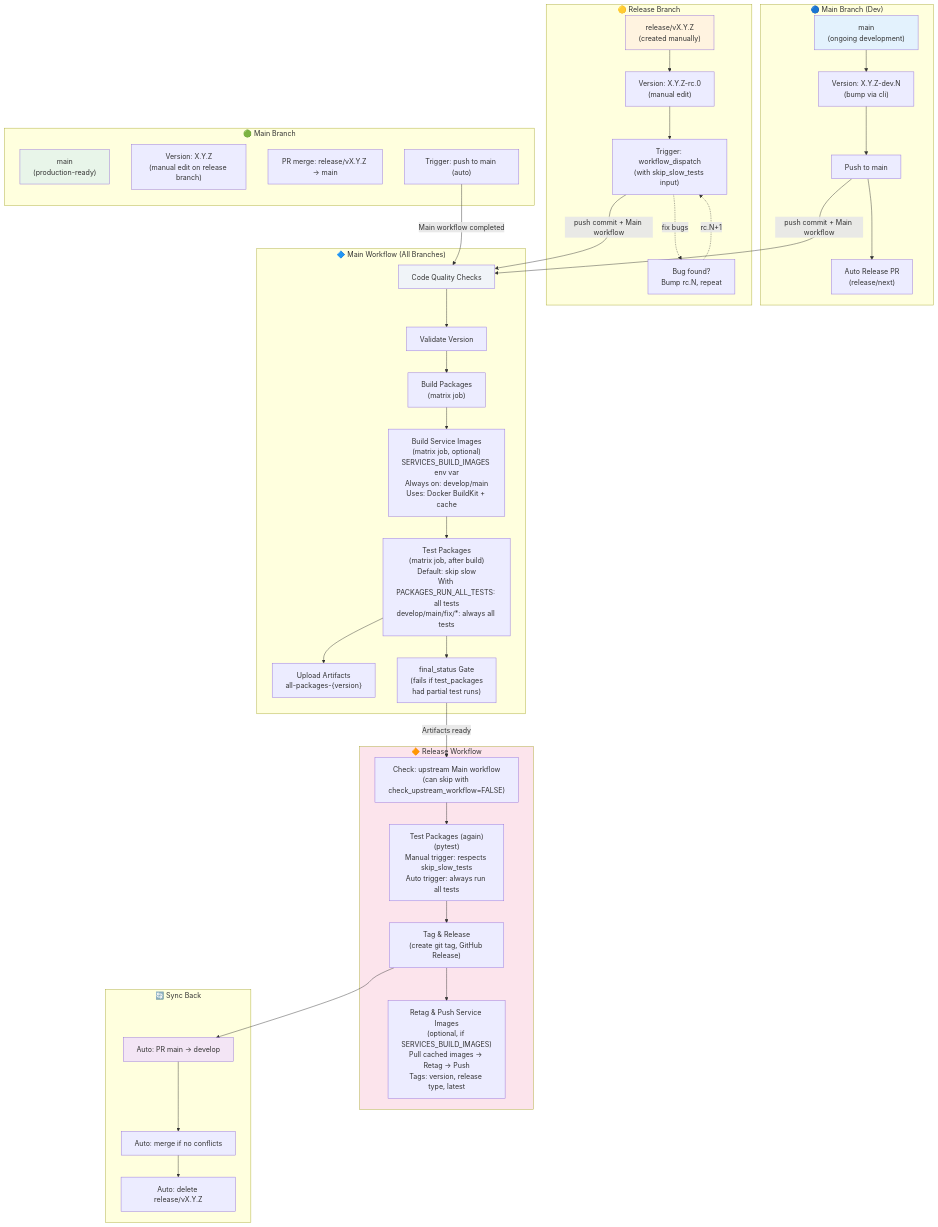
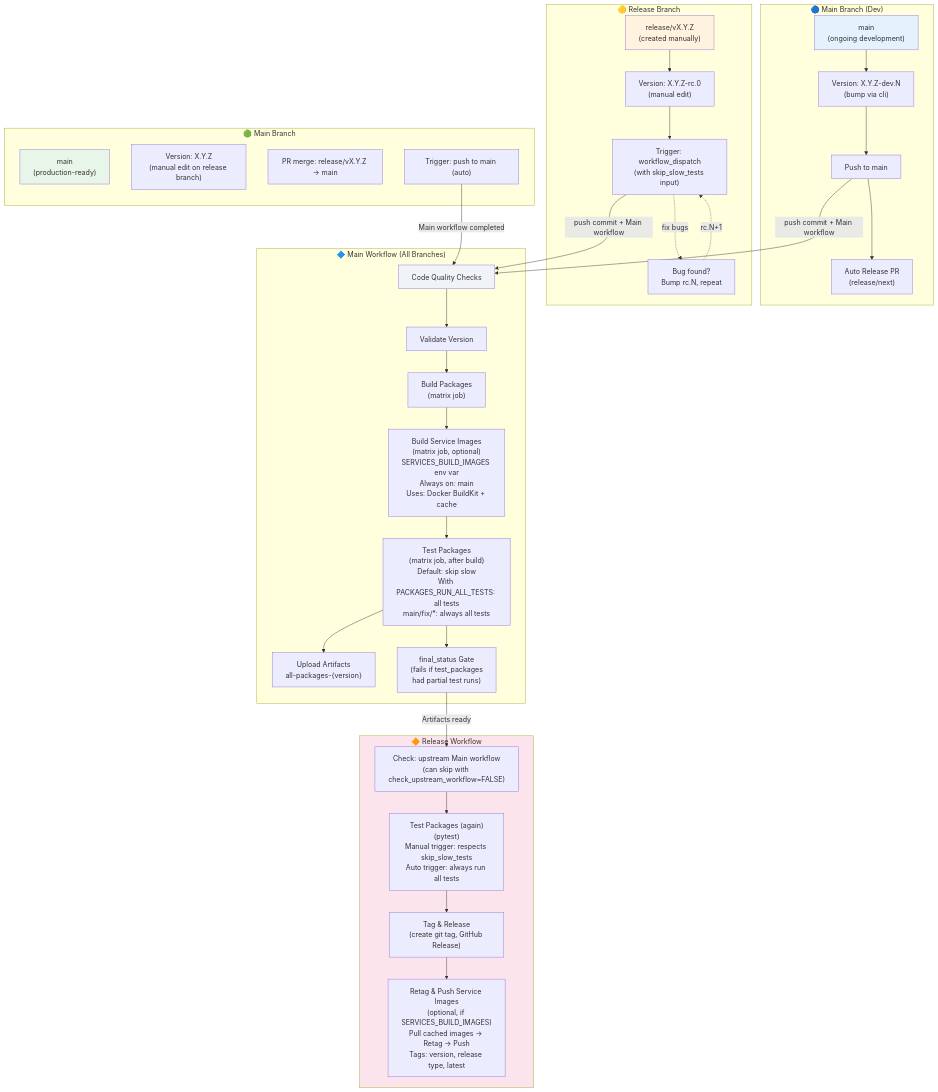
Before and after one commit to abhi8893/genai-shopping-assistant: the diagram in RELEASING.md, drawn with Mermaid. The commit also changed other lines of this file and 2 other files, not shown here.

Commit message:
fix: release-pr auto triggering, and CHANGELOG CI generation (#305)

````diff
--- a/RELEASING.md
+++ b/RELEASING.md
@@ -729,70 +735,61 @@
 ```mermaid
 graph TD
     subgraph main_dev["🔵 Main Branch (Dev)"]
         D1["main<br/>(ongoing development)"]
         D2["Version: X.Y.Z-dev.N<br/>(bump via cli)"]
         D3["Push to main"]
         D4["Auto Release PR<br/>(release/next)"]
         D1 --> D2 --> D3 --> D4
     end
 
     subgraph release["🟡 Release Branch"]
         R1["release/vX.Y.Z<br/>(created manually)"]
         R2["Version: X.Y.Z-rc.0<br/>(manual edit)"]
         R3["Trigger: workflow_dispatch<br/>(with skip_slow_tests input)"]
         R4["Bug found?<br/>Bump rc.N, repeat"]
         R1 --> R2 --> R3
         R3 -.->|fix bugs| R4
         R4 -.->|rc.N+1| R3
     end
 
     subgraph main_workflow["🔷 Main Workflow (All Branches)"]
         MW1["Code Quality Checks"]
         MW2["Validate Version"]
         MW3["Build Packages<br/>(matrix job)"]
-        MW3b["Build Service Images<br/>(matrix job, optional)<br/>SERVICES_BUILD_IMAGES env var<br/>Always on: develop/main<br/>Uses: Docker BuildKit + cache"]
-        MW4["Test Packages<br/>(matrix job, after build)<br/>Default: skip slow<br/>With PACKAGES_RUN_ALL_TESTS: all tests<br/>develop/main/fix/*: always all tests"]
+        MW3b["Build Service Images<br/>(matrix job, optional)<br/>SERVICES_BUILD_IMAGES env var<br/>Always on: main<br/>Uses: Docker BuildKit + cache"]
+        MW4["Test Packages<br/>(matrix job, after build)<br/>Default: skip slow<br/>With PACKAGES_RUN_ALL_TESTS: all tests<br/>main/fix/*: always all tests"]
         MW5["Upload Artifacts<br/>all-packages-{version}"]
         MW6["final_status Gate<br/>(fails if test_packages<br/>had partial test runs)"]
         MW1 --> MW2 --> MW3
         MW3 --> MW3b
         MW3b --> MW4 --> MW5
         MW4 --> MW6
     end
 
     subgraph main["🟢 Main Branch"]
         M1["main<br/>(production-ready)"]
         M2["Version: X.Y.Z<br/>(manual edit on release branch)"]
         M3["PR merge: release/vX.Y.Z → main"]
         M4["Trigger: push to main (auto)"]
     end
 
     subgraph release_workflow["🔶 Release Workflow"]
         R5["Check: upstream Main workflow<br/>(can skip with check_upstream_workflow=FALSE)"]
         R6["Test Packages (again)<br/>(pytest)<br/>Manual trigger: respects skip_slow_tests<br/>Auto trigger: always run all tests"]
         R7["Tag & Release<br/>(create git tag, GitHub Release)"]
         R7b["Retag & Push Service Images<br/>(optional, if SERVICES_BUILD_IMAGES)<br/>Pull cached images → Retag → Push<br/>Tags: version, release type, latest"]
         R5 --> R6 --> R7
         R7 --> R7b
     end
 
-    subgraph sync["🔄 Sync Back"]
-        S1["Auto: PR main → develop"]
-        S2["Auto: merge if no conflicts"]
-        S3["Auto: delete release/vX.Y.Z"]
-        S1 --> S2 --> S3
-    end
-
     D3 -->|push commit + Main workflow| MW1
     R3 -->|push commit + Main workflow| MW1
     M4 -->|Main workflow completed| MW1
     MW6 -->|Artifacts ready| R5
-    R7 --> S1
 
     style D1 fill:#e3f2fd
     style R1 fill:#fff3e0
     style M1 fill:#e8f5e9
-    style S1 fill:#f3e5f5
     style MW1 fill:#f0f4f8
     style release_workflow fill:#fce4ec
 ```
````
